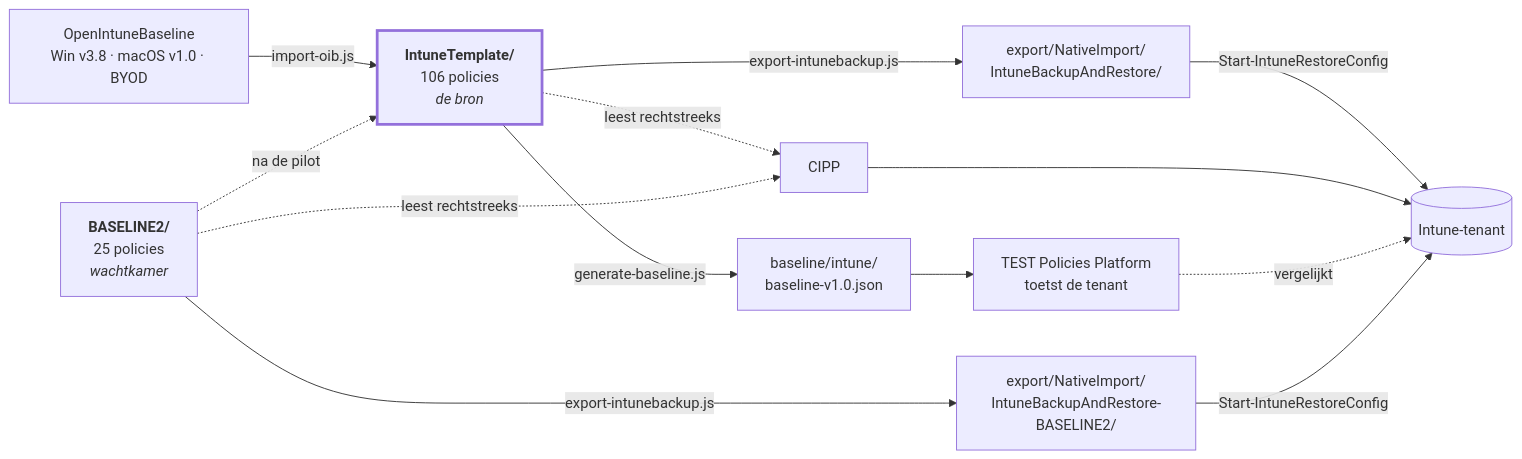
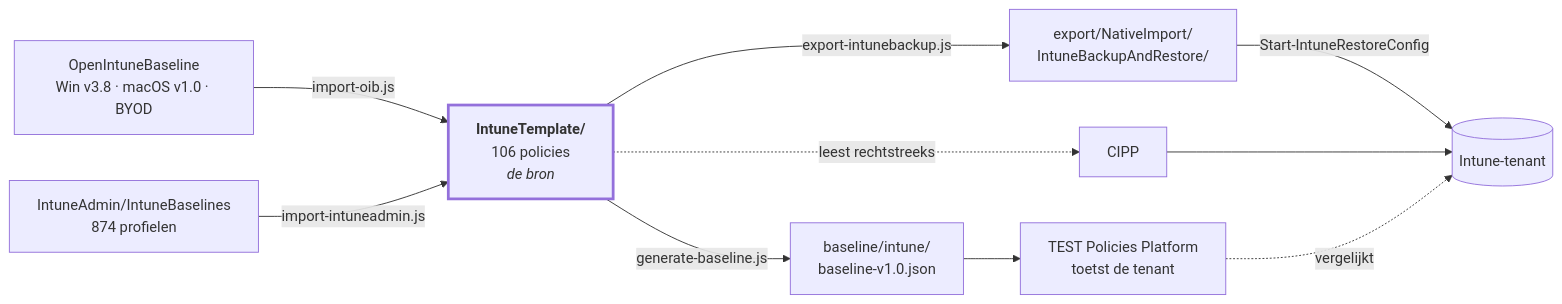
The diagram in README.md (sjkanon/IntuneBackup), drawn with Mermaid before and after one commit. The commit also changed other lines of this file and 164 other files, not shown here.

First line of the commit message:
Eén baseline: ISMS en BASELINE2 opgegaan in IntuneTemplate/, met fases

````diff
--- a/README.md
+++ b/README.md
@@ -17,25 +17,21 @@
 ```mermaid
 flowchart LR
   OIB["OpenIntuneBaseline<br/>Win v3.8 · macOS v1.0 · BYOD"]
   T["<b>IntuneTemplate/</b><br/>106 policies<br/><i>de bron</i>"]
   BL["baseline/intune/<br/>baseline-v1.0.json"]
   EX["export/NativeImport/<br/>IntuneBackupAndRestore/"]
   TENANT[("Intune-tenant")]
 
   OIB -->|import-oib.js| T
   T -->|generate-baseline.js| BL
   T -->|export-intunebackup.js| EX
   T -.->|leest rechtstreeks| CIPP[CIPP]
   BL --> PLAT["TEST Policies Platform<br/>toetst de tenant"]
   EX -->|Start-IntuneRestoreConfig| TENANT
   CIPP --> TENANT
   PLAT -.->|vergelijkt| TENANT
 
-  B2["<b>BASELINE2/</b><br/>25 policies<br/><i>wachtkamer</i>"]
-  B2 -->|export-intunebackup.js| EXI["export/NativeImport/<br/>IntuneBackupAndRestore-BASELINE2/"]
-  B2 -.->|leest rechtstreeks| CIPP
-  B2 -.->|na de pilot| T
-  EXI -->|Start-IntuneRestoreConfig| TENANT
+  IA["IntuneAdmin/IntuneBaselines<br/>874 profielen"] -->|import-intuneadmin.js| T
 
   style T stroke-width:3px
 ```
````
